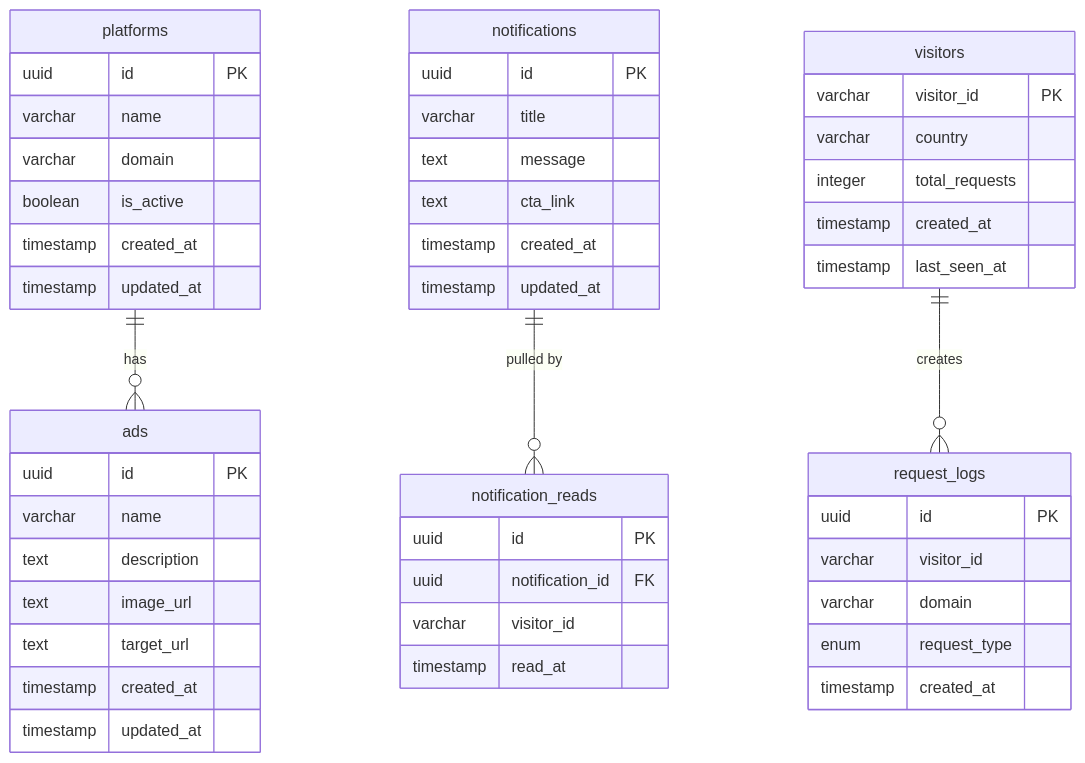
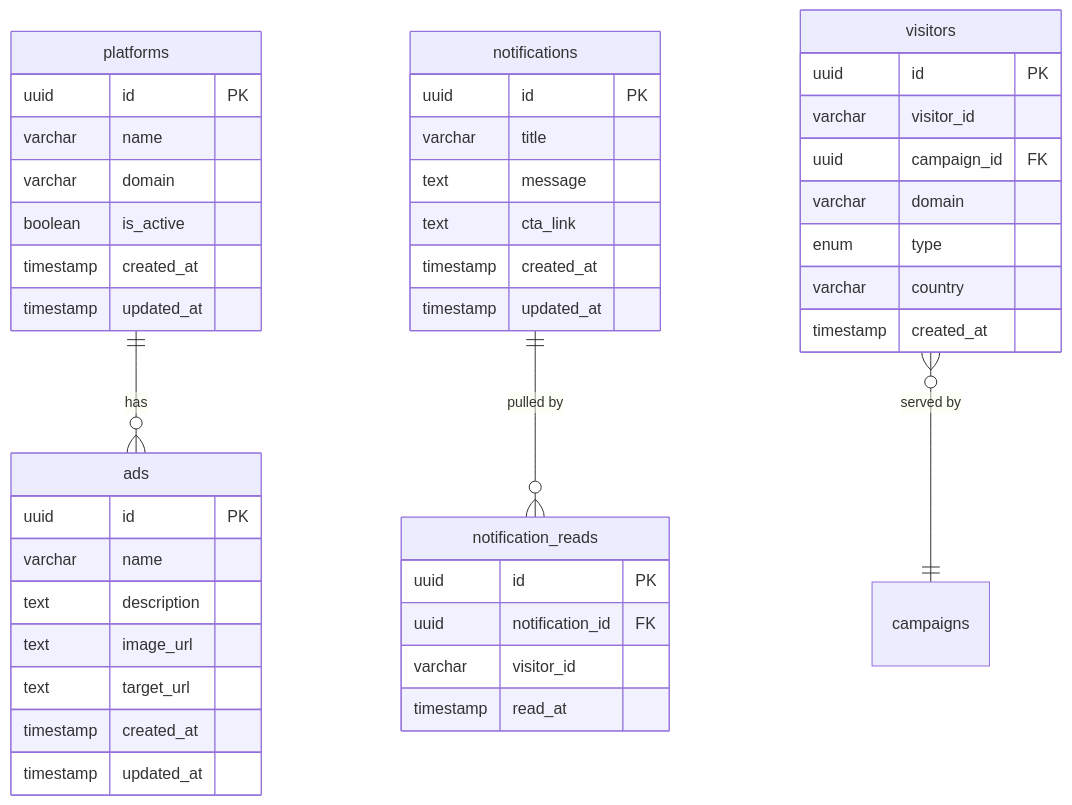
The diagram in docs/DATABASE.md (rishi23root/ads_platform), drawn with Mermaid before and after one commit. The commit also changed other lines of this file and 51 other files, not shown here.

````diff
--- a/docs/DATABASE.md
+++ b/docs/DATABASE.md
@@ -9,57 +9,51 @@
 ```mermaid
 erDiagram
     platforms ||--o{ ads : "has"
     notifications ||--o{ notification_reads : "pulled by"
-    visitors ||--o{ request_logs : "creates"
+    visitors }o--|| campaigns : "served by"
     
     platforms {
         uuid id PK
         varchar name
         varchar domain
         boolean is_active
         timestamp created_at
         timestamp updated_at
     }
     
     ads {
         uuid id PK
         varchar name
         text description
         text image_url
         text target_url
         timestamp created_at
         timestamp updated_at
     }
     
     notifications {
         uuid id PK
         varchar title
         text message
         text cta_link
         timestamp created_at
         timestamp updated_at
     }
     
     notification_reads {
         uuid id PK
         uuid notification_id FK
         varchar visitor_id
         timestamp read_at
     }
     
     visitors {
-        varchar visitor_id PK
-        varchar country
-        integer total_requests
-        timestamp created_at
-        timestamp last_seen_at
-    }
-    
-    request_logs {
         uuid id PK
         varchar visitor_id
+        uuid campaign_id FK
         varchar domain
-        enum request_type
+        enum type
+        varchar country
         timestamp created_at
     }
 ```
````
